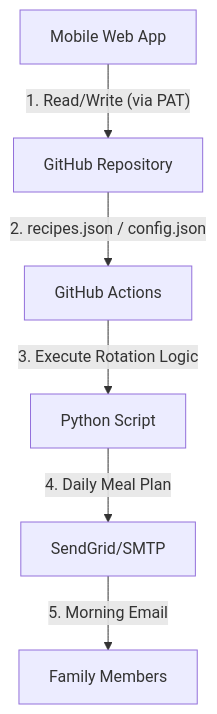
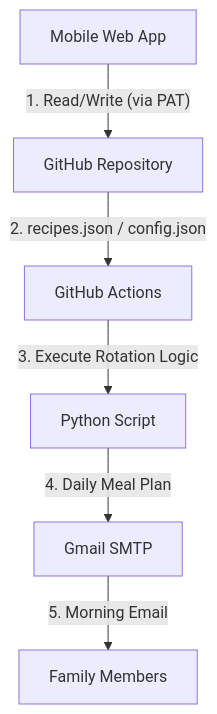
Before and after one commit to piyush-tyagi-13/meal-planner: the first of 2 diagrams in README.md, drawn with Mermaid. The commit also changed other lines of this file and 1 other file, not shown here.

Commit message:
Corrected email service documentation (Switching SendGrid to Gmail)

````diff
--- a/README.md
+++ b/README.md
@@ -27,8 +27,8 @@
 ```mermaid
 graph TD
     A[Mobile Web App] -- "1. Read/Write (via PAT)" --> B[GitHub Repository]
     B -- "2. recipes.json / config.json" --> C[GitHub Actions]
     C -- "3. Execute Rotation Logic" --> D[Python Script]
-    D -- "4. Daily Meal Plan" --> E[SendGrid/SMTP]
+    D -- "4. Daily Meal Plan" --> E[Gmail SMTP]
     E -- "5. Morning Email" --> F[Family Members]
 ```
````
